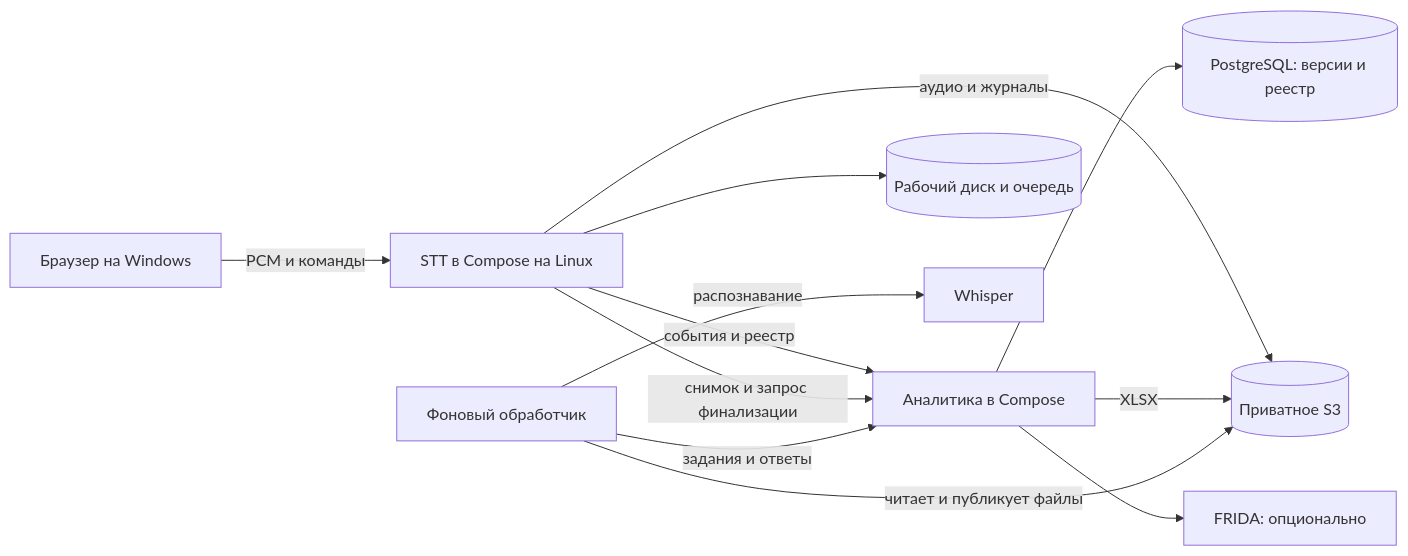
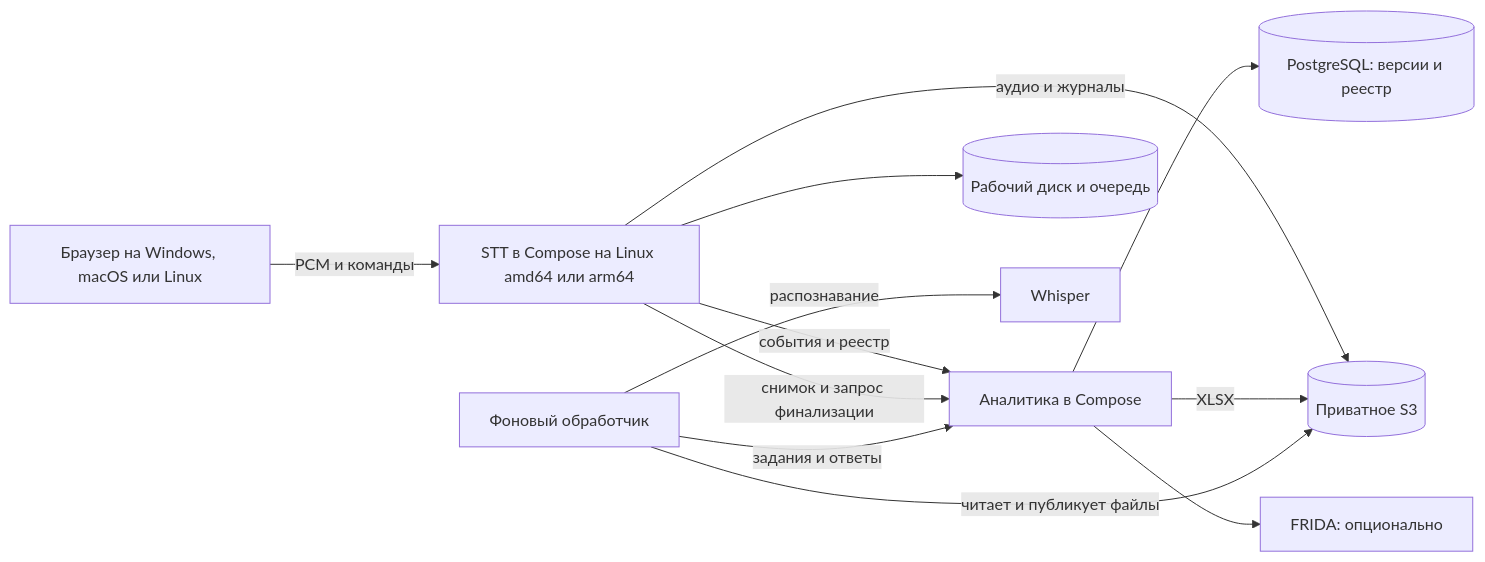
One commit to ArtemSorin/stt-platform changed the diagram in README.md. Above: the diagram before and after it, drawn with Mermaid. The commit also changed other lines of this file and 13 other files, not shown here.

````diff
--- a/README.md
+++ b/README.md
@@ -74,14 +77,14 @@
 ```mermaid
 flowchart LR
-    Browser[Браузер на Windows] -->|PCM и команды| STT[STT в Compose на Linux]
+    Browser[Браузер на Windows, macOS или Linux] -->|PCM и команды| STT[STT в Compose на Linux amd64 или arm64]
     STT -->|события и реестр| Analytics[Аналитика в Compose]
     Analytics --> DB[(PostgreSQL: версии и реестр)]
     STT -->|аудио и журналы| S3[(Приватное S3)]
     Analytics -->|XLSX| S3
     STT --> Disk[(Рабочий диск и очередь)]
     STT -->|снимок и запрос финализации| Analytics
     Worker[Фоновый обработчик] -->|задания и ответы| Analytics
     Worker -->|читает и публикует файлы| S3
     Worker -->|распознавание| Whisper[Whisper]
     Analytics --> FRIDA[FRIDA: опционально]
 ```
````
